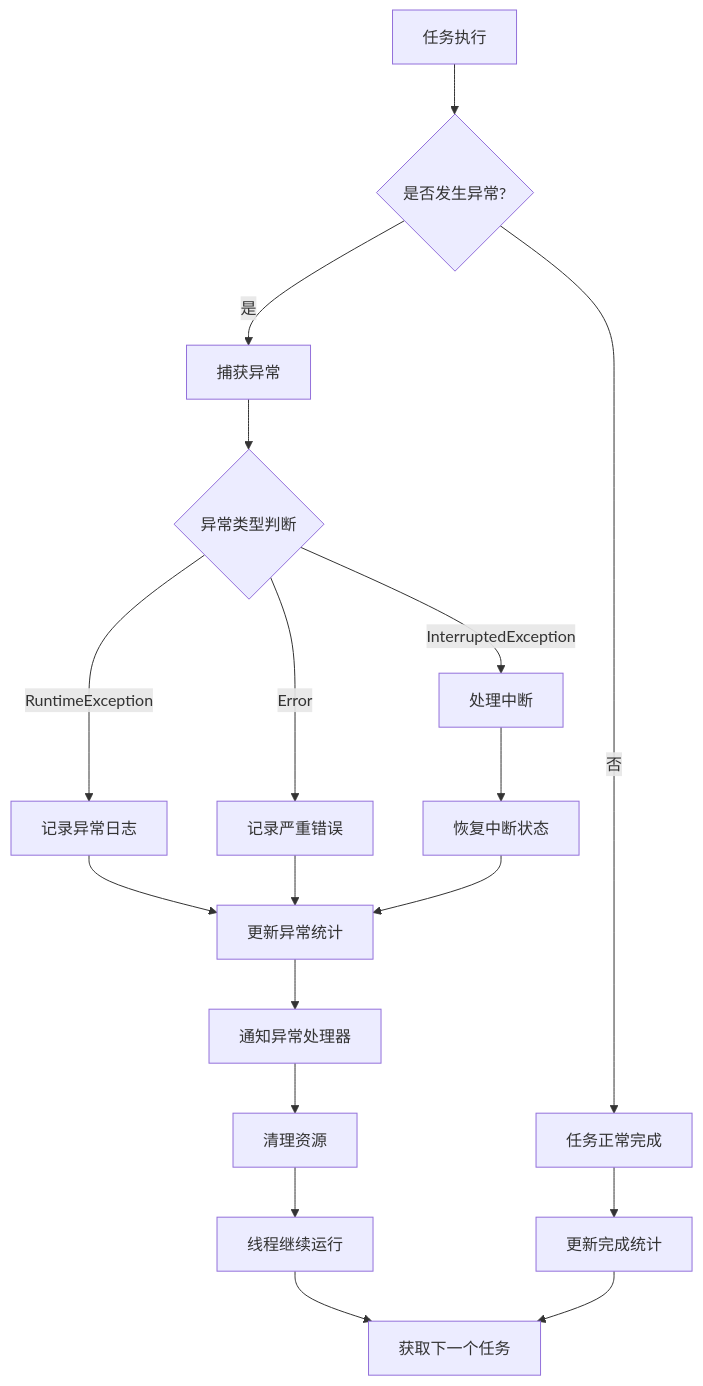
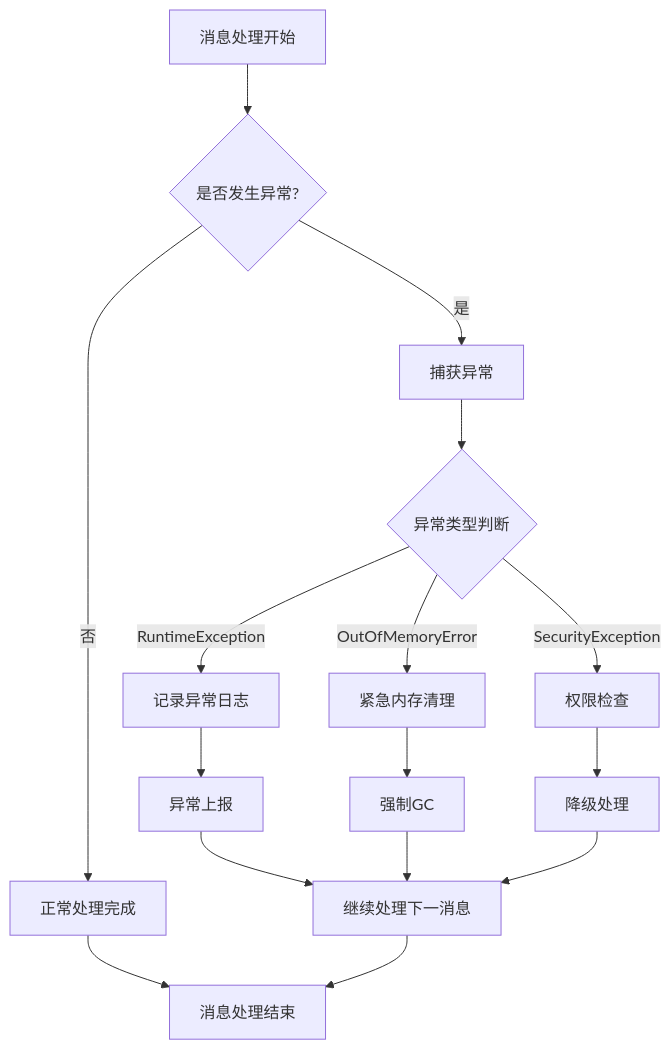
Before and after one commit to chongyang211/YCBookBlog: diagram 15 of 16 in 00.通用技术的提升/README.md, drawn with Mermaid. The commit also changed other lines of this file, not shown here.

````diff
--- a/00.通用技术的提升/README.md
+++ b/00.通用技术的提升/README.md
@@ -405,24 +718,22 @@
 ```mermaid
 flowchart TD
-    A[任务执行] --> B{是否发生异常?}
-    B -->|否| C[任务正常完成]
+    A[消息处理开始] --> B{是否发生异常?}
+    B -->|否| C[正常处理完成]
     B -->|是| D[捕获异常]
     
     D --> E{异常类型判断}
     E -->|RuntimeException| F[记录异常日志]
-    E -->|Error| G[记录严重错误]
-    E -->|InterruptedException| H[处理中断]
+    E -->|OutOfMemoryError| G[紧急内存清理]
+    E -->|SecurityException| H[权限检查]
     
-    F --> I[更新异常统计]
-    G --> I
-    H --> J[恢复中断状态]
-    J --> I
+    F --> I[异常上报]
+    G --> J[强制GC]
+    H --> K[降级处理]
     
-    I --> K[通知异常处理器]
-    K --> L[清理资源]
-    L --> M[线程继续运行]
+    I --> L[继续处理下一消息]
+    J --> L
+    K --> L
     
-    C --> N[更新完成统计]
-    M --> O[获取下一个任务]
-    N --> O
+    C --> M[消息处理结束]
+    L --> M
 ```
````
